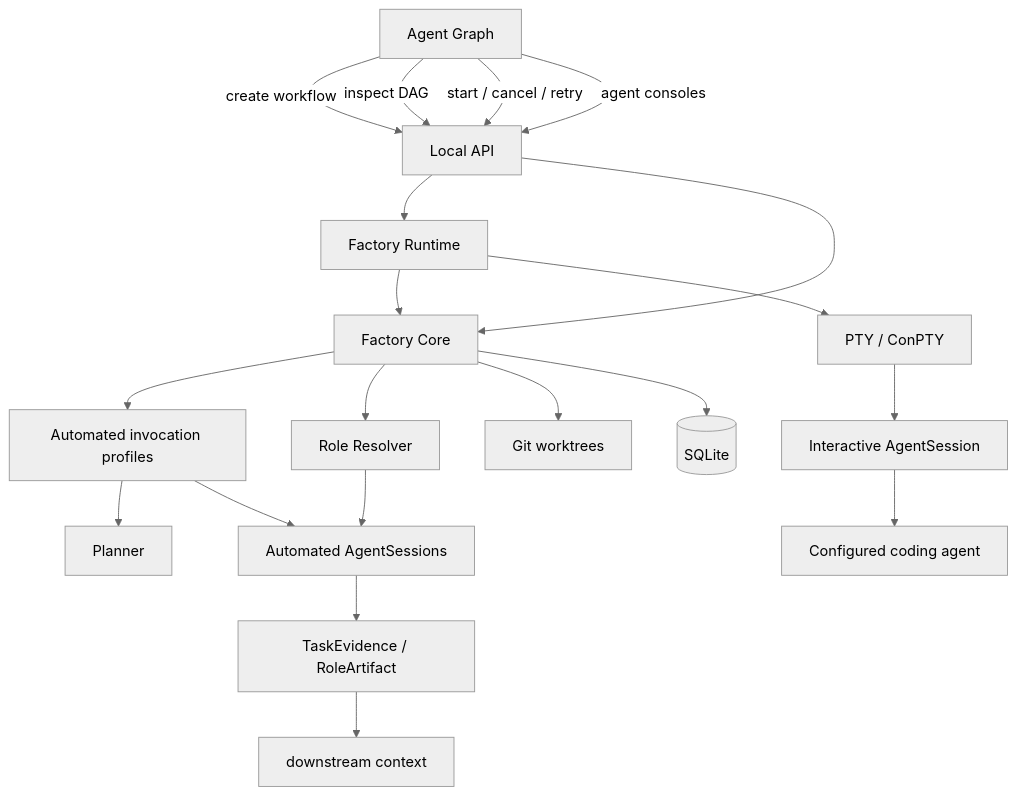
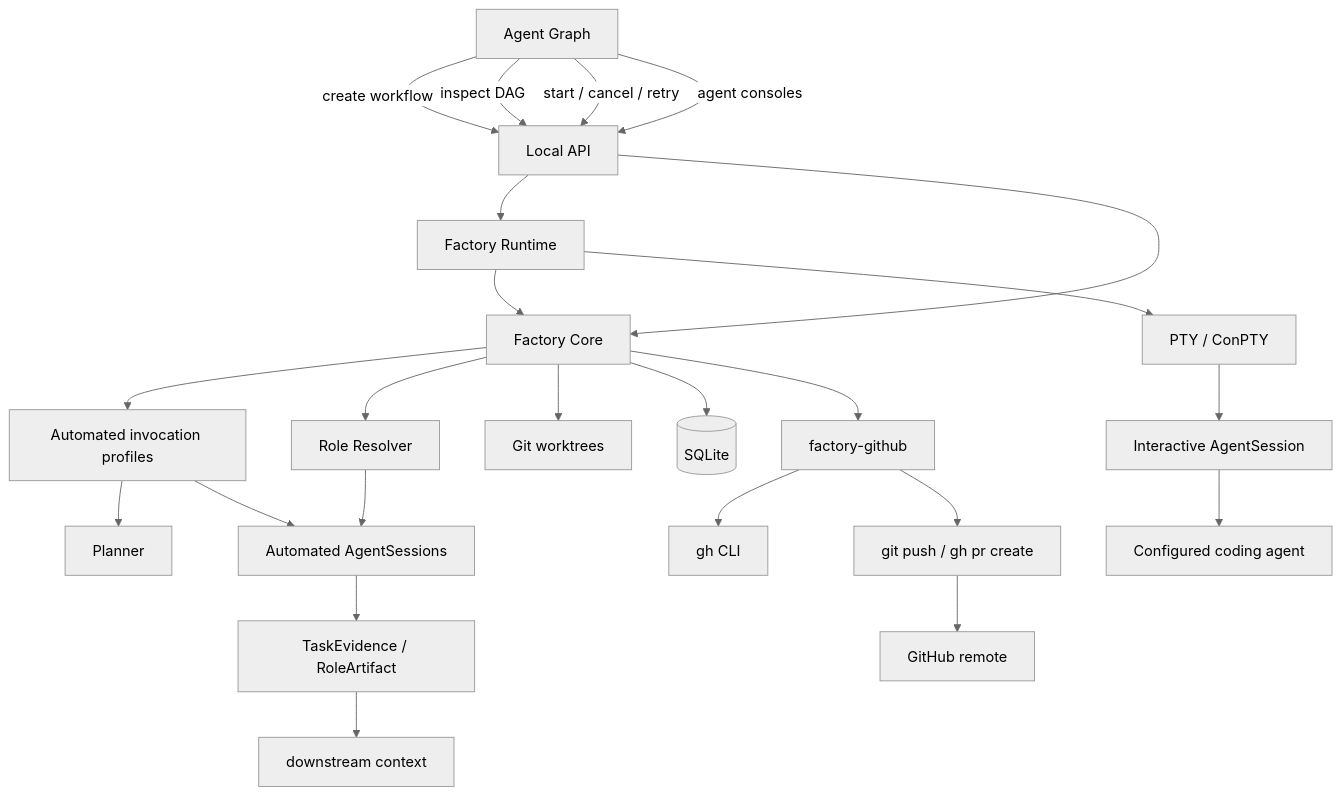
Before and after one commit to OmegaMc1331/agentic-software-factory: the diagram in docs/architecture.md, drawn with Mermaid (neutral theme). The commit also changed other lines of this file and 38 other files, not shown here.

First line of the commit message:
feat: GitHub issue to workflow to pull request delivery

````diff
--- a/docs/architecture.md
+++ b/docs/architecture.md
@@ -7,23 +7,27 @@
 ```mermaid
 flowchart TB
     GRAPH[Agent Graph]
     GRAPH -->|create workflow| API[Local API]
     GRAPH -->|inspect DAG| API
     GRAPH -->|start / cancel / retry| API
     GRAPH -->|agent consoles| API
     API --> RUNTIME[Factory Runtime]
     API --> CORE[Factory Core]
     RUNTIME --> CORE
     CORE --> AUTO[Automated invocation profiles]
     AUTO --> P[Planner]
     AUTO --> S[Automated AgentSessions]
     CORE --> RESOLVER[Role Resolver]
     RESOLVER --> S
     S --> ROW[TaskEvidence / RoleArtifact]
     ROW --> CTX[downstream context]
     RUNTIME --> PTY[PTY / ConPTY]
     PTY --> IS[Interactive AgentSession]
     IS --> CA[Configured coding agent]
     CORE --> WT[Git worktrees]
     CORE --> DB[(SQLite)]
+    CORE --> GH[factory-github]
+    GH --> GHC[gh CLI]
+    GH --> PUSH[git push / gh pr create]
+    PUSH --> REM[GitHub remote]
 ```
````
